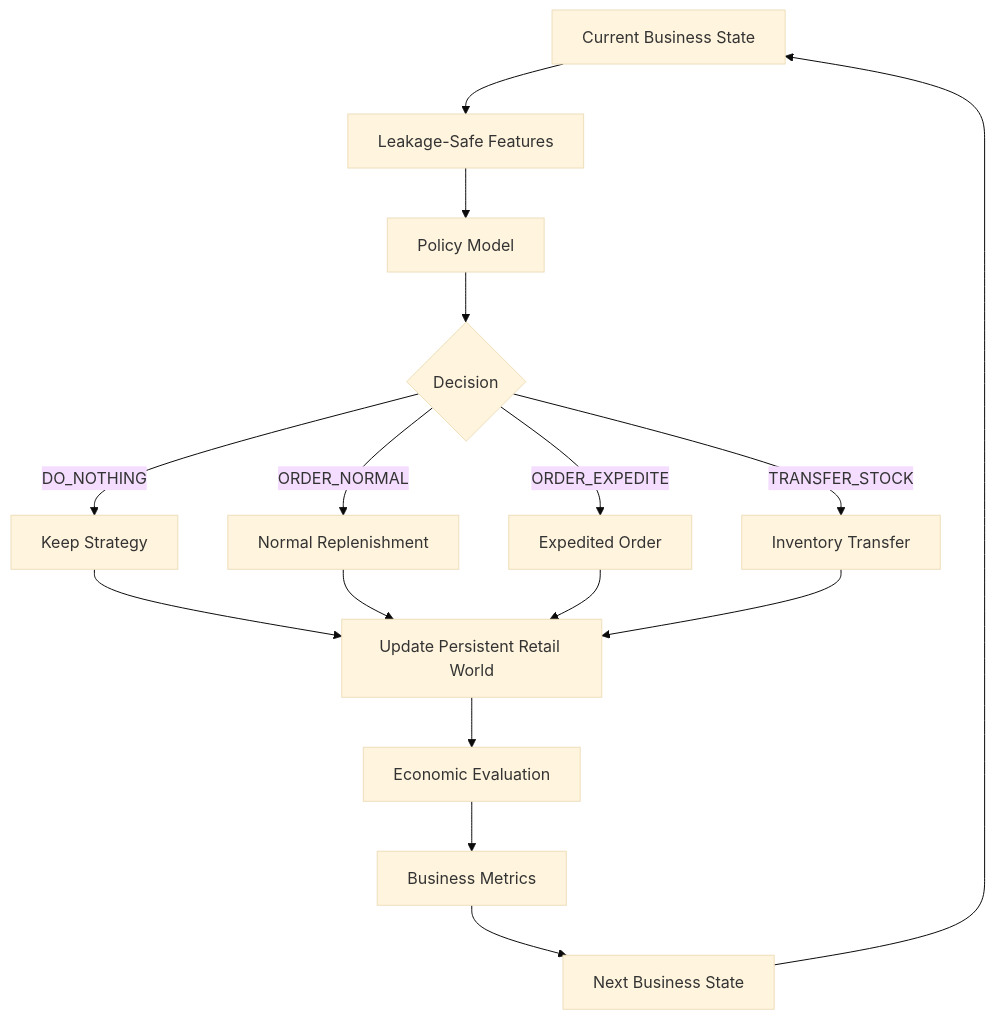
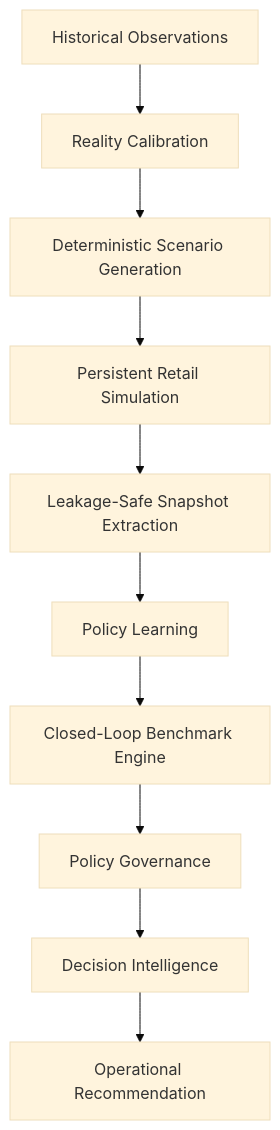
Before and after one commit to xavi092000/stockout-decision-intelligence: the fourth of 4 diagrams in README.md, drawn with Mermaid (base theme). The commit also changed other lines of this file, not shown here.

Commit message:
docs: repair all Mermaid diagrams

````diff
--- a/README.md
+++ b/README.md
@@ -539,29 +510,12 @@
 ```mermaid
 flowchart TD
-
-A[Current Business State]
---> B[Leakage-Safe Features]
-
-B --> C[Policy Model]
-
-C --> D{Decision}
-
-D -->|DO_NOTHING| E1[Keep Strategy]
-D -->|ORDER_NORMAL| E2[Normal Replenishment]
-D -->|ORDER_EXPEDITE| E3[Expedited Order]
-D -->|TRANSFER_STOCK| E4[Inventory Transfer]
-
-E1 --> F
-E2 --> F
-E3 --> F
-E4 --> F
-
-F[Update Persistent Retail World]
---> G[Economic Evaluation]
-
-G --> H[Business Metrics]
-
-H --> I[Next Business State]
-
-I --> A
+    A[Historical Observations] --> B[Reality Calibration]
+    B --> C[Deterministic Scenario Generation]
+    C --> D[Persistent Retail Simulation]
+    D --> E[Leakage-Safe Snapshot Extraction]
+    E --> F[Policy Learning]
+    F --> G[Closed-Loop Benchmark Engine]
+    G --> H[Policy Governance]
+    H --> I[Decision Intelligence]
+    I --> J[Operational Recommendation]
 ```
````
